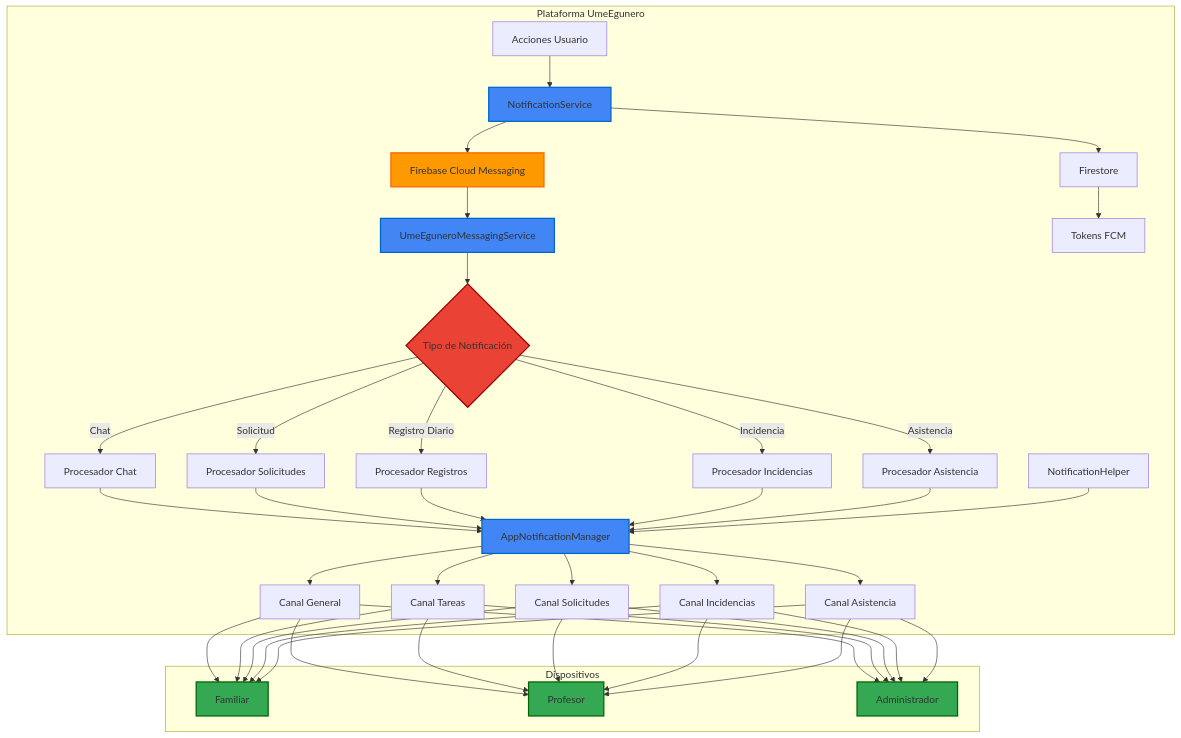
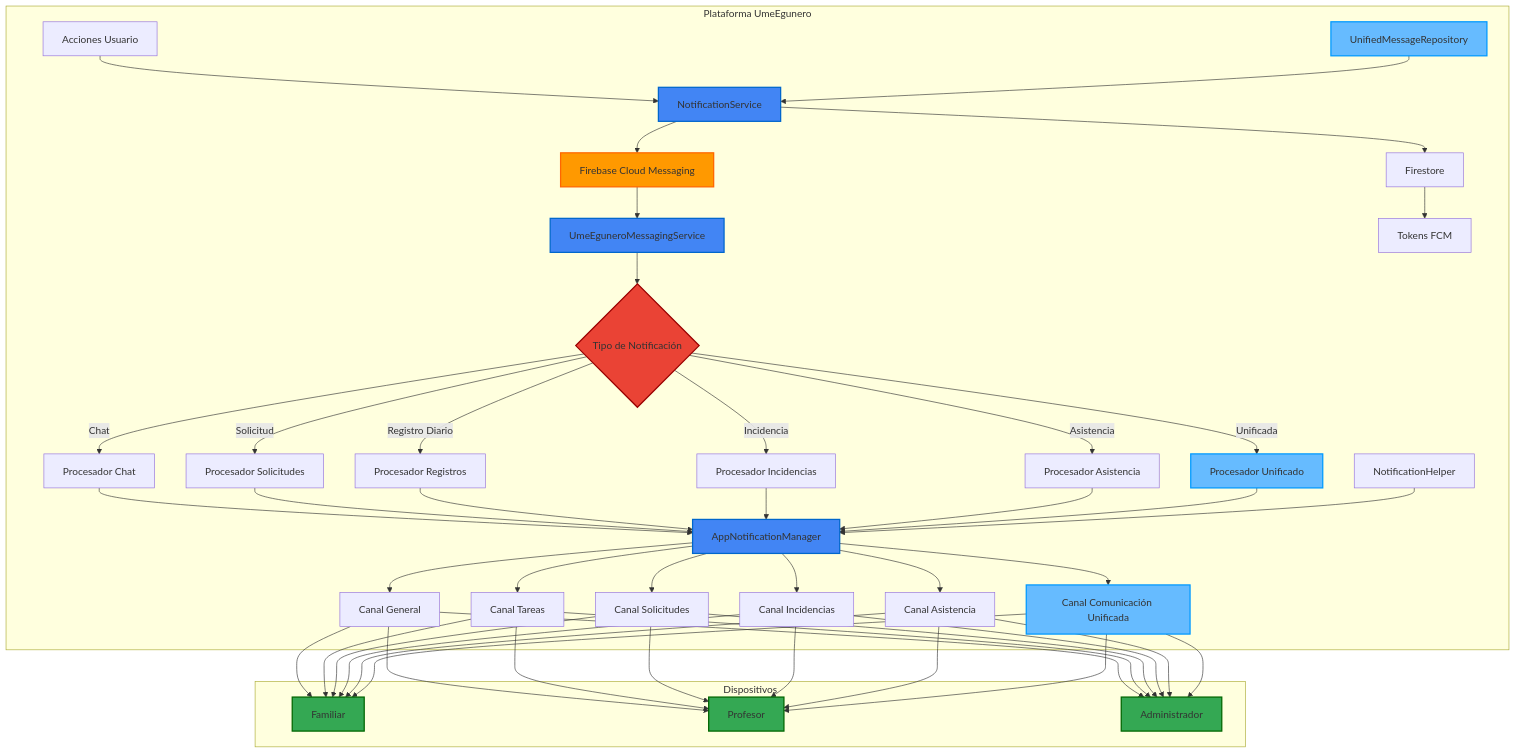
The first of 4 diagrams in docs/Sistema_Notificaciones.md (Nojabeach/UmeEgunero), drawn with Mermaid before and after one commit. The commit also changed other lines of this file and 112 other files, not shown here.

````diff
--- a/docs/Sistema_Notificaciones.md
+++ b/docs/Sistema_Notificaciones.md
@@ -7,44 +7,51 @@
 ```mermaid
 flowchart TD
     subgraph "Plataforma UmeEgunero"
         A[Firebase Cloud Messaging] --> B[UmeEguneroMessagingService]
         B --> C{Tipo de Notificación}
         C -->|Chat| D[Procesador Chat]
         C -->|Solicitud| E[Procesador Solicitudes]
         C -->|Registro Diario| F[Procesador Registros]
         C -->|Incidencia| G[Procesador Incidencias]
         C -->|Asistencia| H[Procesador Asistencia]
+        C -->|Unificada| U[Procesador Unificado]
         
-        D & E & F & G & H --> I[AppNotificationManager]
+        D & E & F & G & H & U --> I[AppNotificationManager]
         
         I --> J1[Canal General]
         I --> J2[Canal Tareas]
         I --> J3[Canal Solicitudes]
         I --> J4[Canal Incidencias]
         I --> J5[Canal Asistencia]
+        I --> J6[Canal Comunicación Unificada]
         
         K[NotificationService] --> L[Firestore]
         L --> M[Tokens FCM]
         K --> A
         
         N[NotificationHelper] --> I
         O[Acciones Usuario] --> K
+        
+        P[UnifiedMessageRepository] --> K
     end
     
     subgraph "Dispositivos"
         P1[Familiar] 
         P2[Profesor]
         P3[Administrador]
     end
     
-    J1 & J2 & J3 & J4 & J5 --> P1 & P2 & P3
+    J1 & J2 & J3 & J4 & J5 & J6 --> P1 & P2 & P3
     
     style A fill:#ff9900,stroke:#ff6600,stroke-width:2px
     style I fill:#4285F4,stroke:#0066cc,stroke-width:2px
     style K fill:#4285F4,stroke:#0066cc,stroke-width:2px
     style B fill:#4285F4,stroke:#0066cc,stroke-width:2px
     style C fill:#EA4335,stroke:#990000,stroke-width:2px
     style P1 fill:#34A853,stroke:#006600,stroke-width:2px
     style P2 fill:#34A853,stroke:#006600,stroke-width:2px
     style P3 fill:#34A853,stroke:#006600,stroke-width:2px
+    style P fill:#66BBFF,stroke:#0099FF,stroke-width:2px
+    style U fill:#66BBFF,stroke:#0099FF,stroke-width:2px
+    style J6 fill:#66BBFF,stroke:#0099FF,stroke-width:2px
 ```
````
